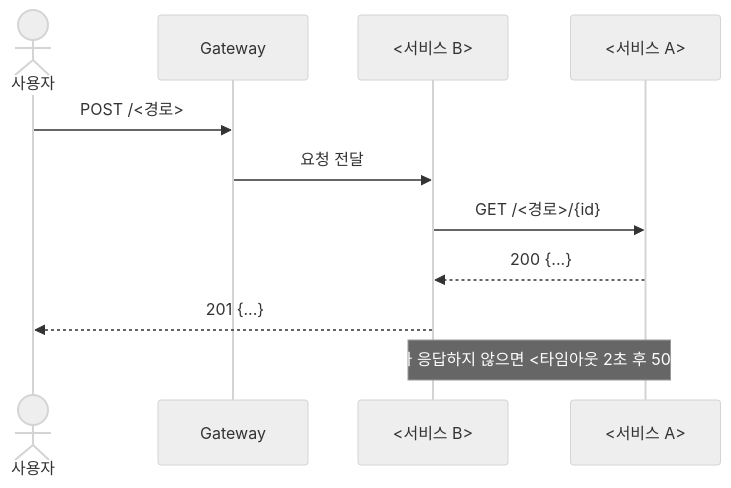
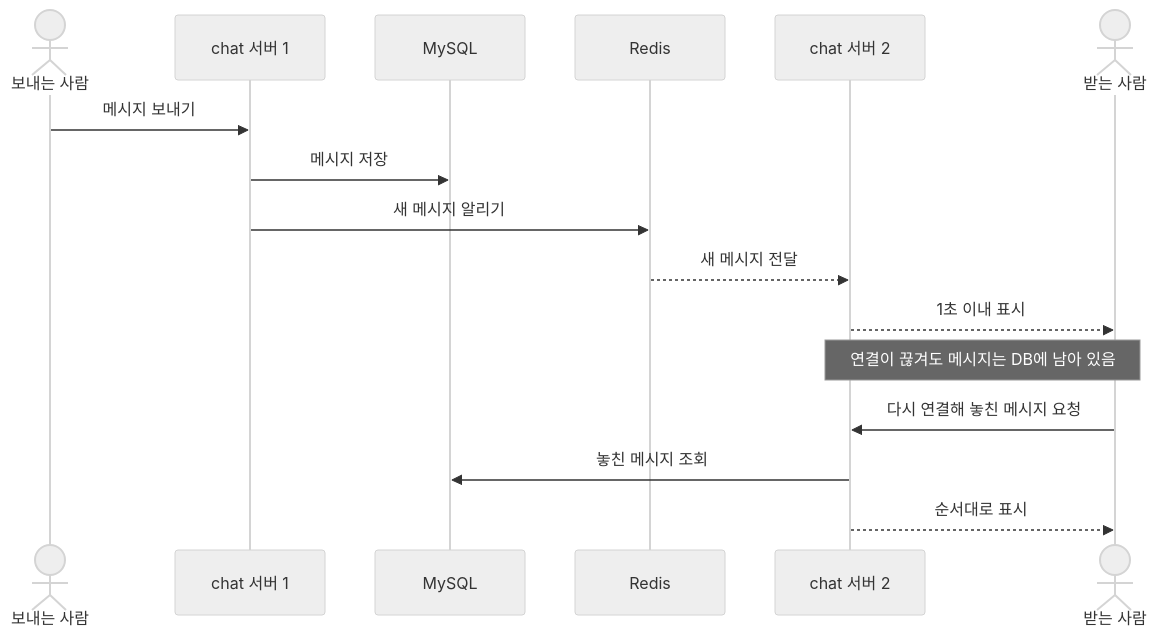
Before and after one commit to ktcloud-cloudnative-2026/team03-HelloCloud: the third of 5 diagrams in docs/architecture.md, drawn with Mermaid (neutral theme). The commit also changed other lines of this file and 4 other files, not shown here.

````diff
--- a/docs/architecture.md
+++ b/docs/architecture.md
@@ -62,13 +73,18 @@
 ```mermaid
 sequenceDiagram
-  actor U as 사용자
-  participant G as Gateway
-  participant B as <서비스 B>
-  participant A as <서비스 A>
-  U->>G: POST /<경로>
-  G->>B: 요청 전달
-  B->>A: GET /<경로>/{id}
-  A-->>B: 200 {...}
-  B-->>U: 201 {...}
-  Note over B,A: A가 응답하지 않으면 <타임아웃 2초 후 503>
+  actor A as 보내는 사람
+  participant C1 as chat 서버 1
+  participant D as MySQL
+  participant R as Redis
+  participant C2 as chat 서버 2
+  actor B as 받는 사람
+  A->>C1: 메시지 보내기
+  C1->>D: 메시지 저장
+  C1->>R: 새 메시지 알리기
+  R-->>C2: 새 메시지 전달
+  C2-->>B: 1초 이내 표시
+  Note over C2,B: 연결이 끊겨도 메시지는 DB에 남아 있음
+  B->>C2: 다시 연결해 놓친 메시지 요청
+  C2->>D: 놓친 메시지 조회
+  C2-->>B: 순서대로 표시
 ```
````
